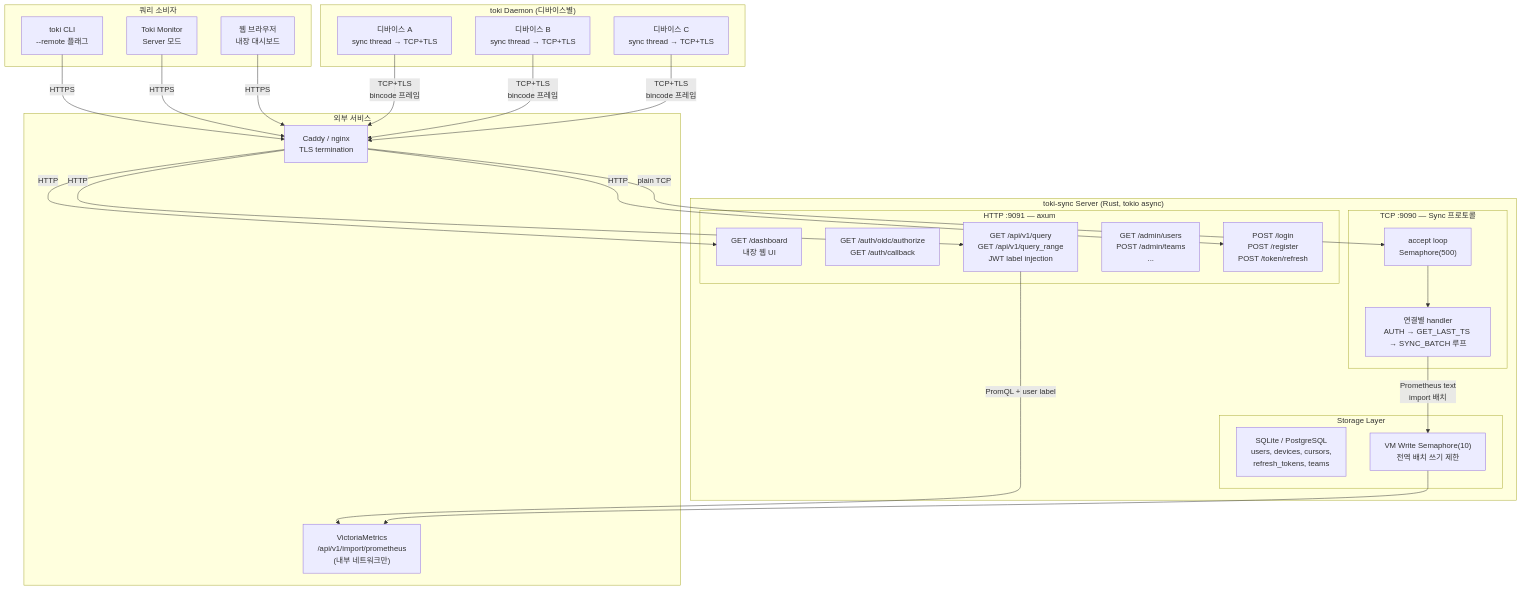
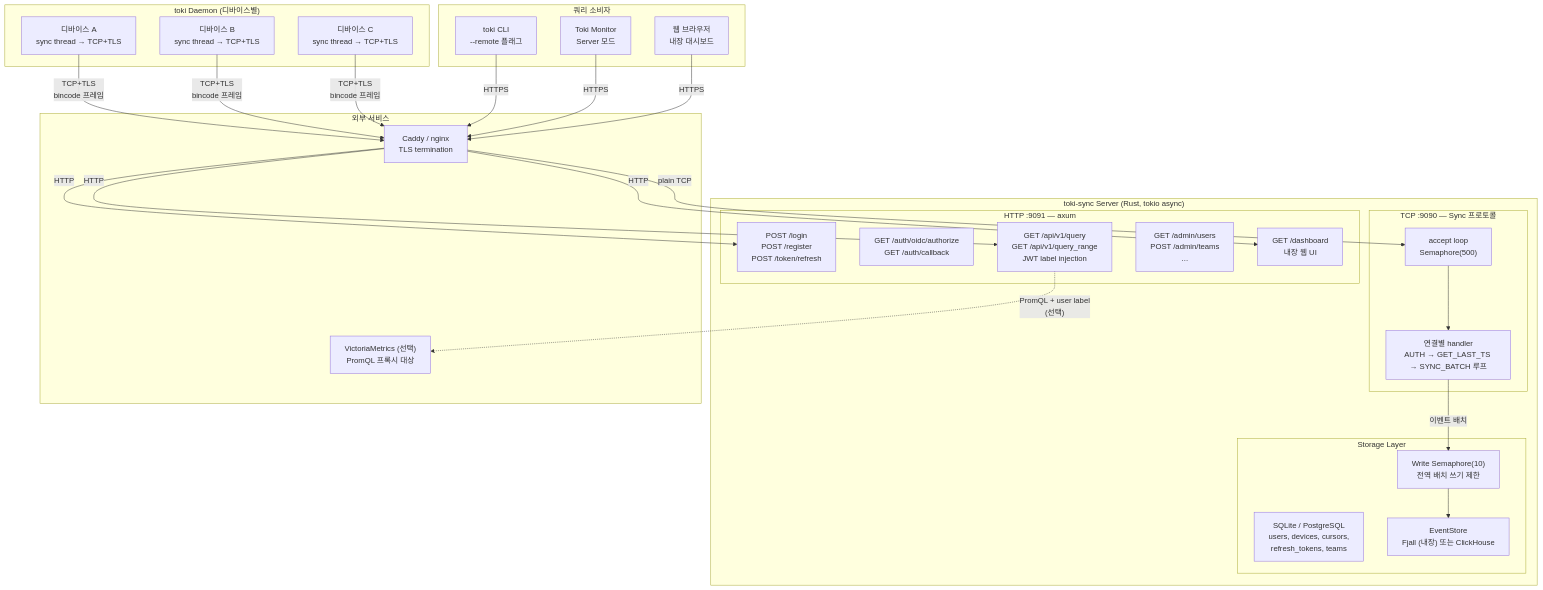
Before and after one commit to korjwl1/toki-sync: the first of 3 diagrams in docs/DESIGN.ko.md, drawn with Mermaid. The commit also changed other lines of this file and 20 other files, not shown here.

First line of the commit message:
docs: update all documentation for EventStore architecture

````diff
--- a/docs/DESIGN.ko.md
+++ b/docs/DESIGN.ko.md
@@ -13,49 +13,50 @@
 ```mermaid
 graph TD
     subgraph Clients["toki Daemon (디바이스별)"]
         D1["디바이스 A<br/>sync thread → TCP+TLS"]
         D2["디바이스 B<br/>sync thread → TCP+TLS"]
         D3["디바이스 C<br/>sync thread → TCP+TLS"]
     end
 
     subgraph Server["toki-sync Server (Rust, tokio async)"]
         subgraph TCP["TCP :9090 — Sync 프로토콜"]
             Accept["accept loop<br/>Semaphore(500)"]
             Handler["연결별 handler<br/>AUTH → GET_LAST_TS → SYNC_BATCH 루프"]
         end
 
         subgraph HTTP["HTTP :9091 — axum"]
             Auth["POST /login<br/>POST /register<br/>POST /token/refresh"]
             OIDC["GET /auth/oidc/authorize<br/>GET /auth/callback"]
             Proxy["GET /api/v1/query<br/>GET /api/v1/query_range<br/>JWT label injection"]
             Admin["GET /admin/users<br/>POST /admin/teams<br/>..."]
             Dashboard["GET /dashboard<br/>내장 웹 UI"]
         end
 
         subgraph Storage["Storage Layer"]
             DB["SQLite / PostgreSQL<br/>users, devices, cursors,<br/>refresh_tokens, teams"]
-            WriteSem["VM Write Semaphore(10)<br/>전역 배치 쓰기 제한"]
+            ES["EventStore<br/>Fjall (내장) 또는 ClickHouse"]
+            WriteSem["Write Semaphore(10)<br/>전역 배치 쓰기 제한"]
         end
     end
 
     subgraph External["외부 서비스"]
-        VM["VictoriaMetrics<br/>/api/v1/import/prometheus<br/>(내부 네트워크만)"]
         Caddy["Caddy / nginx<br/>TLS termination"]
+        VM["VictoriaMetrics (선택)<br/>PromQL 프록시 대상"]
     end
 
     subgraph Consumers["쿼리 소비자"]
         CLI["toki CLI<br/>--remote 플래그"]
         Monitor["Toki Monitor<br/>Server 모드"]
         Web["웹 브라우저<br/>내장 대시보드"]
     end
 
     D1 & D2 & D3 -->|"TCP+TLS<br/>bincode 프레임"| Caddy
     Caddy -->|"plain TCP"| Accept
     Accept --> Handler
-    Handler -->|"Prometheus text<br/>import 배치"| WriteSem
-    WriteSem --> VM
+    Handler -->|"이벤트 배치"| WriteSem
+    WriteSem --> ES
 
     CLI & Monitor & Web -->|"HTTPS"| Caddy
     Caddy -->|"HTTP"| Auth & Proxy & Dashboard
-    Proxy -->|"PromQL + user label"| VM
+    Proxy -.->|"PromQL + user label<br/>(선택)"| VM
 ```
````
